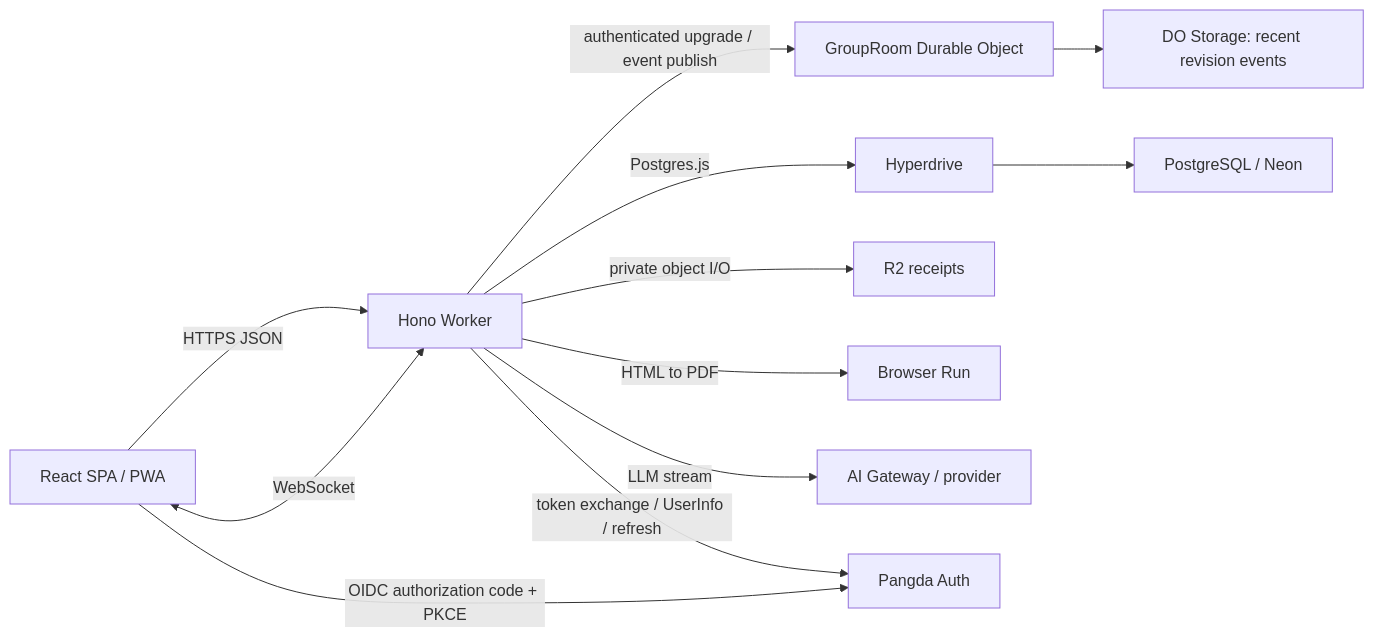
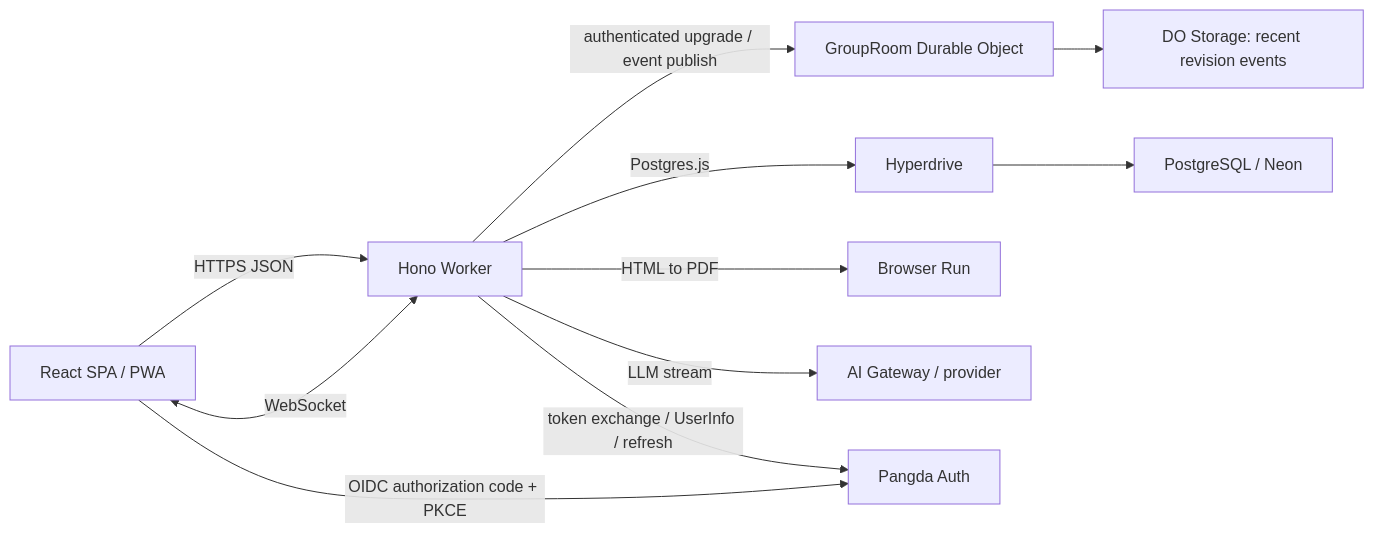
The diagram in docs/migration/cloudflare-workers-rfc.md (hepangda/aaeasy), drawn with Mermaid before and after one commit. The commit also changed other lines of this file and 42 other files, not shown here.

````diff
--- a/docs/migration/cloudflare-workers-rfc.md
+++ b/docs/migration/cloudflare-workers-rfc.md
@@ -28,14 +27,13 @@
 ```mermaid
 flowchart LR
   Browser["React SPA / PWA"] -->|"HTTPS JSON"| Worker["Hono Worker"]
   Browser <-->|"WebSocket"| Worker
   Worker -->|"authenticated upgrade / event publish"| Room["GroupRoom Durable Object"]
   Room --> RoomStorage["DO Storage: recent revision events"]
   Worker -->|"Postgres.js"| Hyperdrive["Hyperdrive"]
   Hyperdrive --> Neon["PostgreSQL / Neon"]
-  Worker -->|"private object I/O"| R2["R2 receipts"]
   Worker -->|"HTML to PDF"| BrowserRun["Browser Run"]
   Worker -->|"LLM stream"| AIGateway["AI Gateway / provider"]
   Browser -->|"OIDC authorization code + PKCE"| Auth["Pangda Auth"]
   Worker -->|"token exchange / UserInfo / refresh"| Auth
 ```
````
